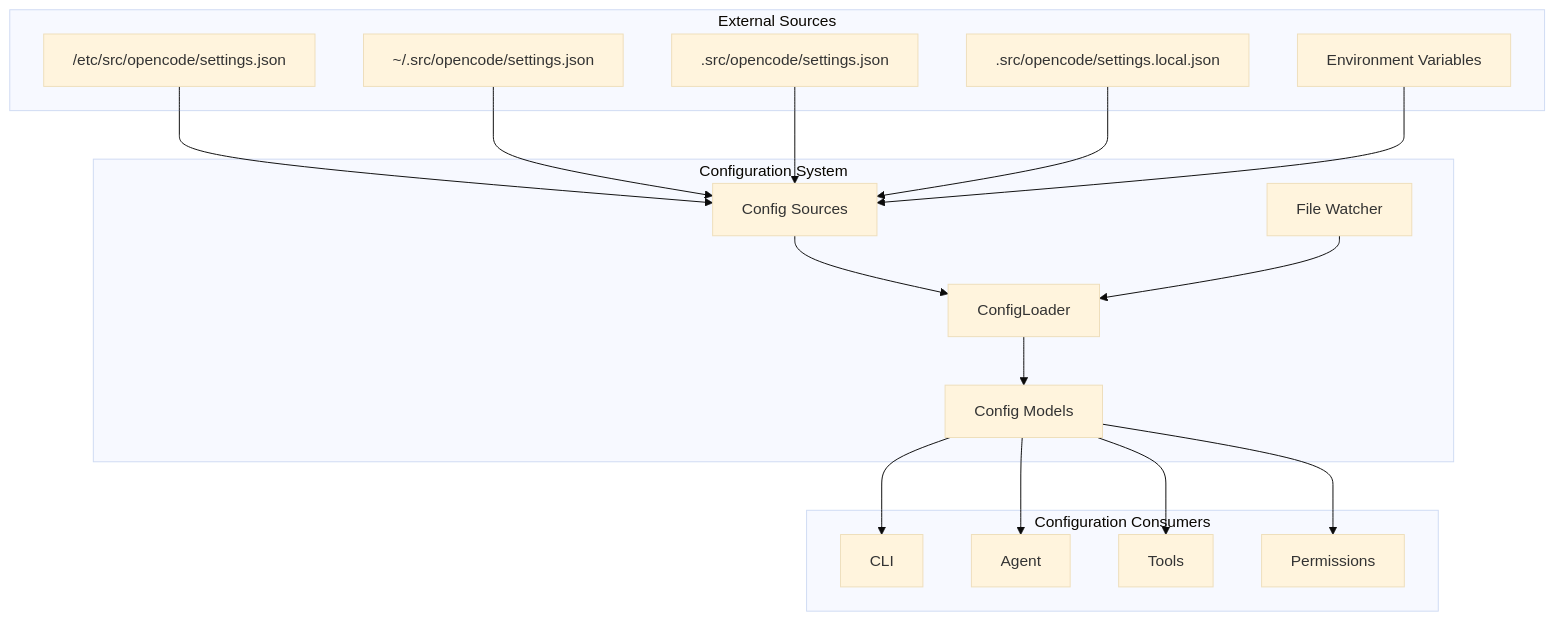
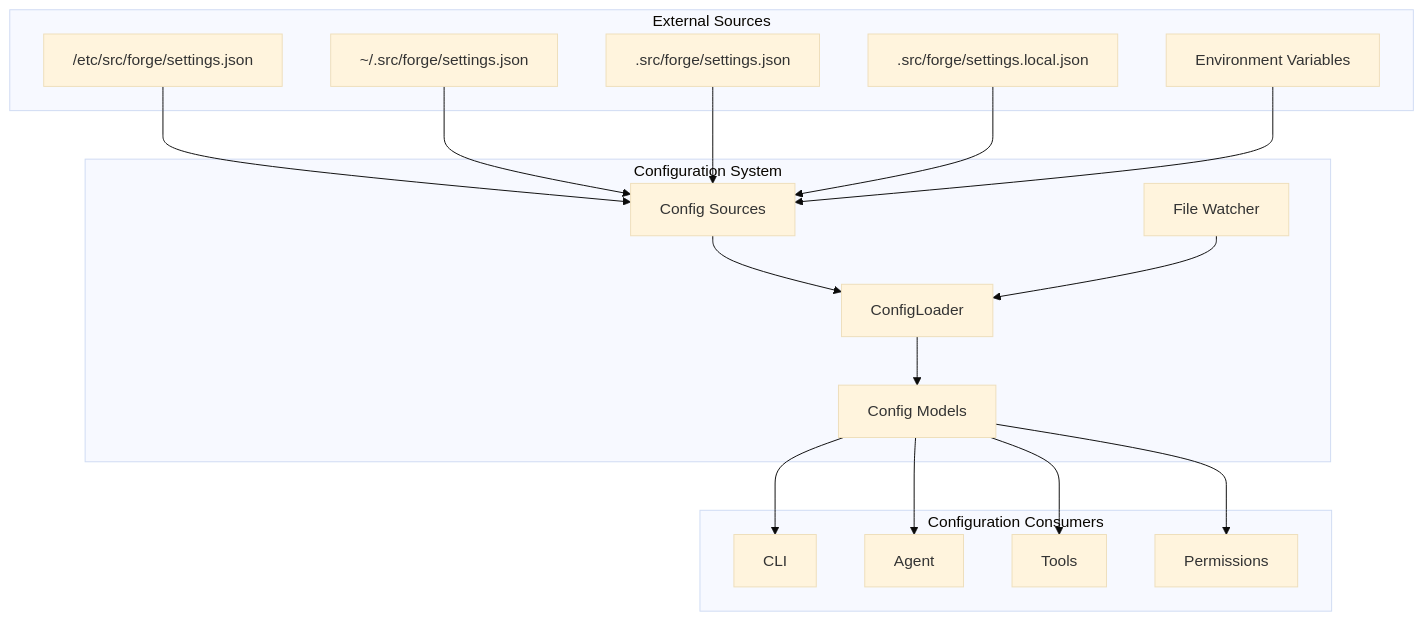
Before and after one commit to corey-rosamond/Code-Forge: the sixth of 8 diagrams in .ai/phase/1.2/UML.md, drawn with Mermaid (base theme). The commit also changed other lines of this file and 505 other files, not shown here.

````diff
--- a/.ai/phase/1.2/UML.md
+++ b/.ai/phase/1.2/UML.md
@@ -293,39 +293,39 @@
 ```mermaid
 flowchart TB
     subgraph External["External Sources"]
-        ENT["/etc/src/opencode/settings.json"]
-        USER["~/.src/opencode/settings.json"]
-        PROJ[".src/opencode/settings.json"]
-        LOCAL[".src/opencode/settings.local.json"]
+        ENT["/etc/src/forge/settings.json"]
+        USER["~/.src/forge/settings.json"]
+        PROJ[".src/forge/settings.json"]
+        LOCAL[".src/forge/settings.local.json"]
         ENV["Environment Variables"]
     end
 
     subgraph ConfigSystem["Configuration System"]
         LOADER[ConfigLoader]
         SOURCES[Config Sources]
         MODELS[Config Models]
         WATCHER[File Watcher]
     end
 
     subgraph Consumers["Configuration Consumers"]
         CLI[CLI]
         AGENT[Agent]
         TOOLS[Tools]
         PERMS[Permissions]
     end
 
     ENT --> SOURCES
     USER --> SOURCES
     PROJ --> SOURCES
     LOCAL --> SOURCES
     ENV --> SOURCES
 
     SOURCES --> LOADER
     LOADER --> MODELS
     WATCHER --> LOADER
 
     MODELS --> CLI
     MODELS --> AGENT
     MODELS --> TOOLS
     MODELS --> PERMS
 ```
````
